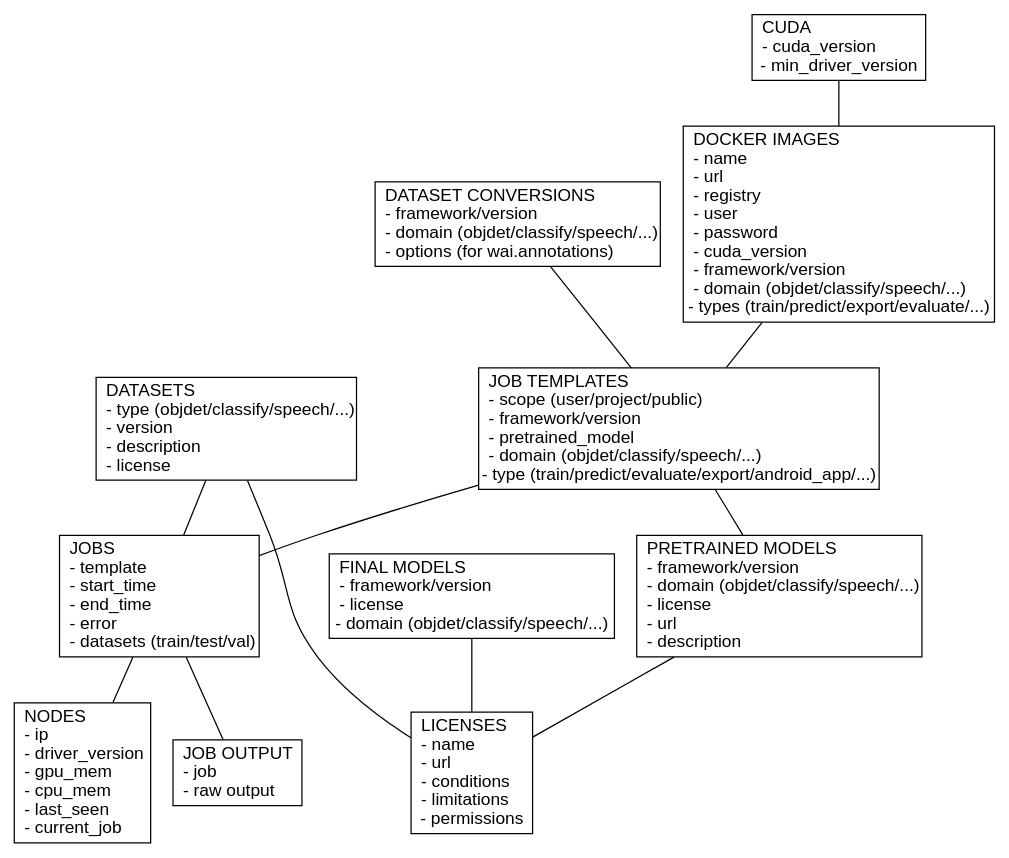
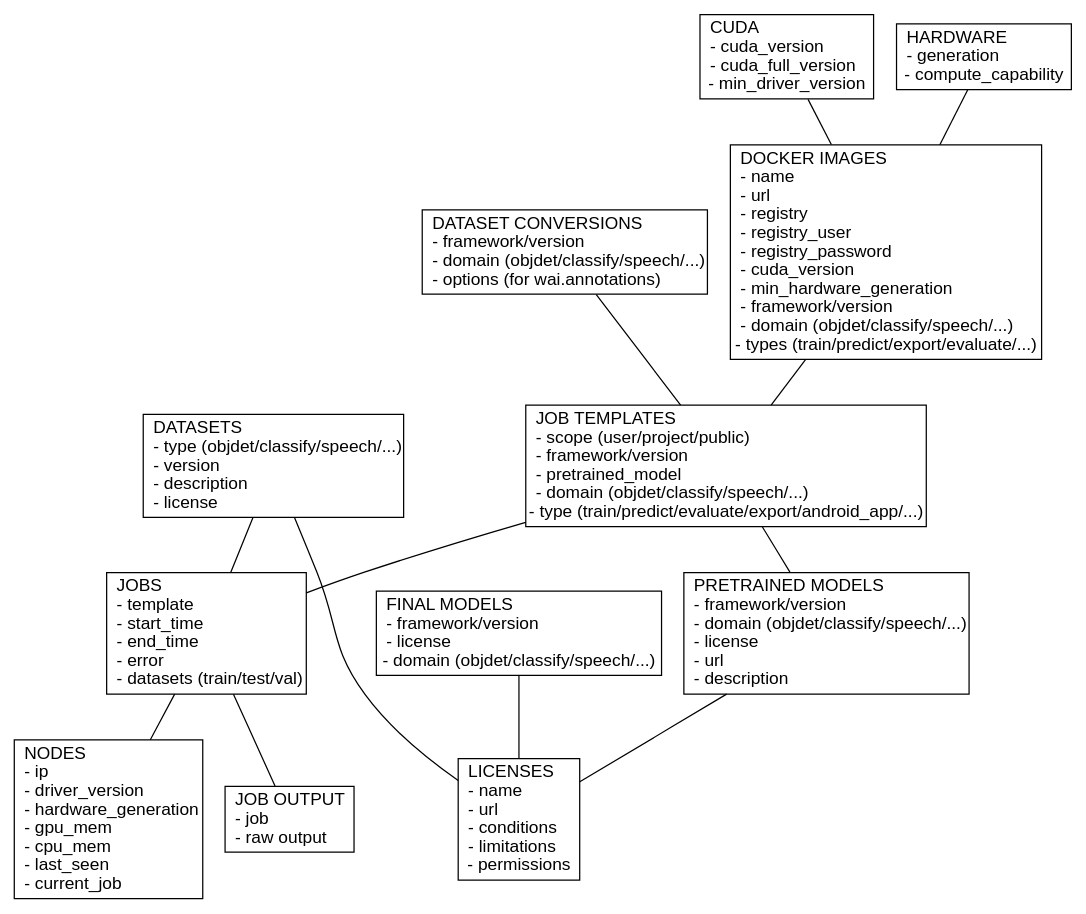
Before and after one commit to waikato-ufdl/ufdl-api: the diagram in docs/img/api.dot, drawn with Graphviz. The commit also changed 5 other files, not shown here.

Commit message:
added cuda, docker-images and hardware

```diff
--- a/docs/img/api.dot
+++ b/docs/img/api.dot
@@ -1,34 +1,36 @@
 graph {
 
   node [shape=record fontname=Arial];
 
-  cuda [label = "CUDA\l- cuda_version\l- min_driver_version"];
+  cuda [label = "CUDA\l- cuda_version\l- cuda_full_version\l- min_driver_version"];
+  hardware [label = "HARDWARE\l- generation\l- compute_capability"];
   licenses [label = "LICENSES\l- name\l- url\l- conditions\l- limitations\l- permissions"];
   datasets [label = "DATASETS\l- type (objdet/classify/speech/...)\l- version\l- description\l- license\l"];
   dataset_conversions [label = "DATASET CONVERSIONS\l- framework/version\l- domain (objdet/classify/speech/...)\l- options (for wai.annotations)\l"];
   pretrained_models [label = "PRETRAINED MODELS\l- framework/version\l- domain (objdet/classify/speech/...)\l- license\l- url\l- description\l"];
   final_models [label = "FINAL MODELS\l- framework/version\l- license\l- domain (objdet/classify/speech/...)"];
-  nodes [label = "NODES\l- ip\l- driver_version\l- gpu_mem\l- cpu_mem\l- last_seen\l- current_job\l"];
+  nodes [label = "NODES\l- ip\l- driver_version\l- hardware_generation\l- gpu_mem\l- cpu_mem\l- last_seen\l- current_job\l"];
   jobs [label = "JOBS\l- template\l- start_time\l- end_time\l- error\l- datasets (train/test/val)\l"];
   job_templates [label = "JOB TEMPLATES\l- scope (user/project/public)\l- framework/version\l- pretrained_model\l- domain (objdet/classify/speech/...)\l- type (train/predict/evaluate/export/android_app/...)"];
   job_output [label = "JOB OUTPUT\l- job\l- raw output\l"];
   //job_visualization [label = "JOB VISUALIZATION\l- job\l- template\l"];
   //job_visualization_templates [label = "JOB VISUALIZATION TEMPLATES\leg Tensorboard"];
-  docker_images [label = "DOCKER IMAGES\l- name\l- url\l- registry\l- user\l- password\l- cuda_version\l- framework/version\l- domain (objdet/classify/speech/...)\l- types (train/predict/export/evaluate/...)"];
+  docker_images [label = "DOCKER IMAGES\l- name\l- url\l- registry\l- registry_user\l- registry_password\l- cuda_version\l- min_hardware_generation\l- framework/version\l- domain (objdet/classify/speech/...)\l- types (train/predict/export/evaluate/...)"];
   //temp_downloads [label = "TEMP DOWNLOADS"];
 
   cuda -- docker_images;
+  hardware -- docker_images;
   datasets -- licenses;
   datasets -- jobs;
   pretrained_models -- licenses;
   final_models -- licenses;
   job_templates -- jobs;
   jobs -- job_output;
   jobs -- nodes;
   //job_output -- job_visualization;
   //job_visualization_templates -- job_visualization;
   //job_visualization_templates -- docker_images;
   docker_images -- job_templates;
   dataset_conversions -- job_templates;
   job_templates -- pretrained_models;
 }
```
